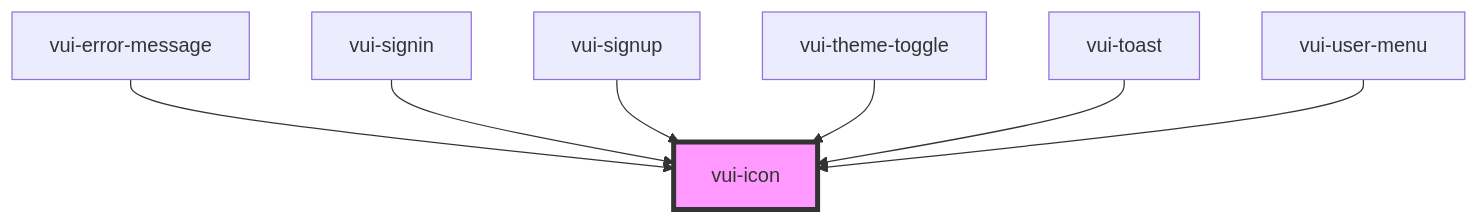
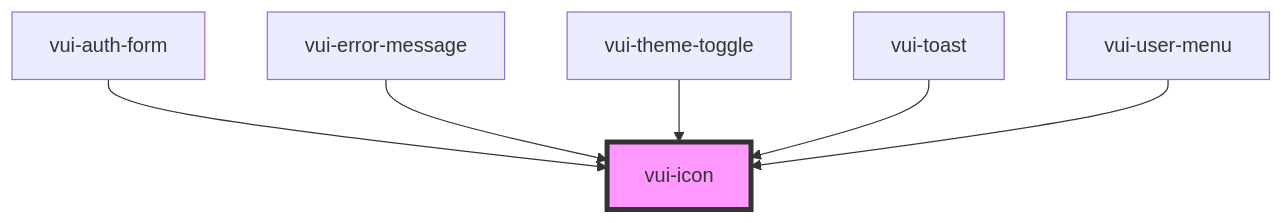
Before and after one commit to verite-team/verite-elements: the diagram in packages/stencil-library/src/components/icon/readme.md, drawn with Mermaid. The commit also changed other lines of this file and 29 other files, not shown here.

````diff
--- a/packages/stencil-library/src/components/icon/readme.md
+++ b/packages/stencil-library/src/components/icon/readme.md
@@ -34,10 +33,9 @@
 ```mermaid
 graph TD;
+  vui-auth-form --> vui-icon
   vui-error-message --> vui-icon
-  vui-signin --> vui-icon
-  vui-signup --> vui-icon
   vui-theme-toggle --> vui-icon
   vui-toast --> vui-icon
   vui-user-menu --> vui-icon
   style vui-icon fill:#f9f,stroke:#333,stroke-width:4px
 ```
````
